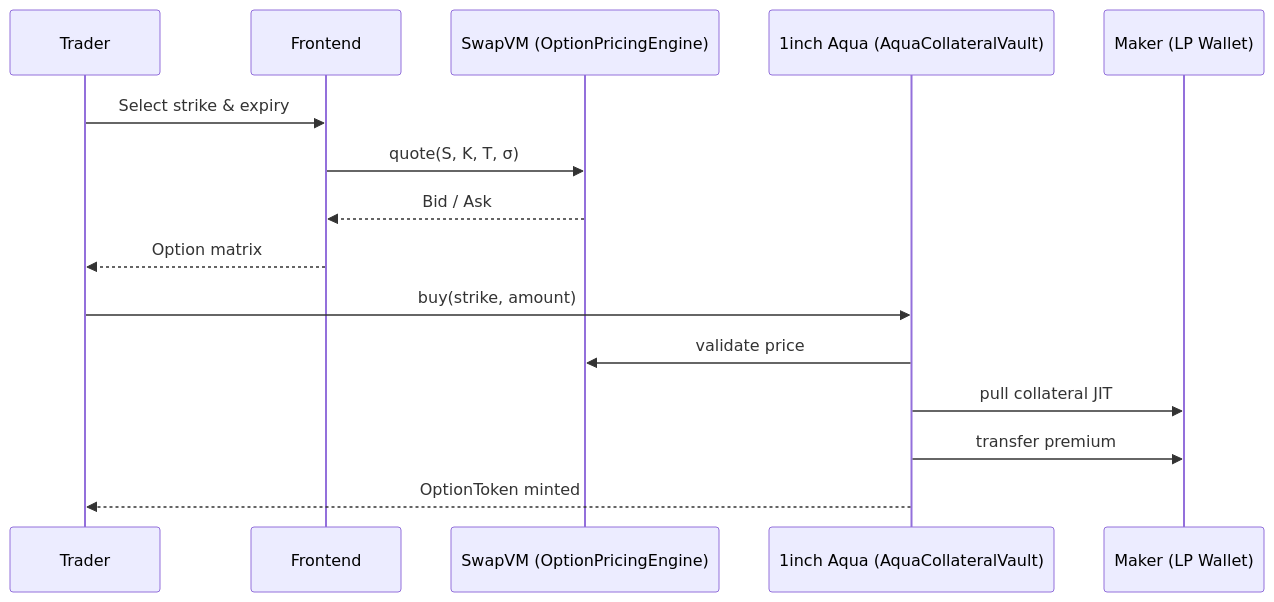
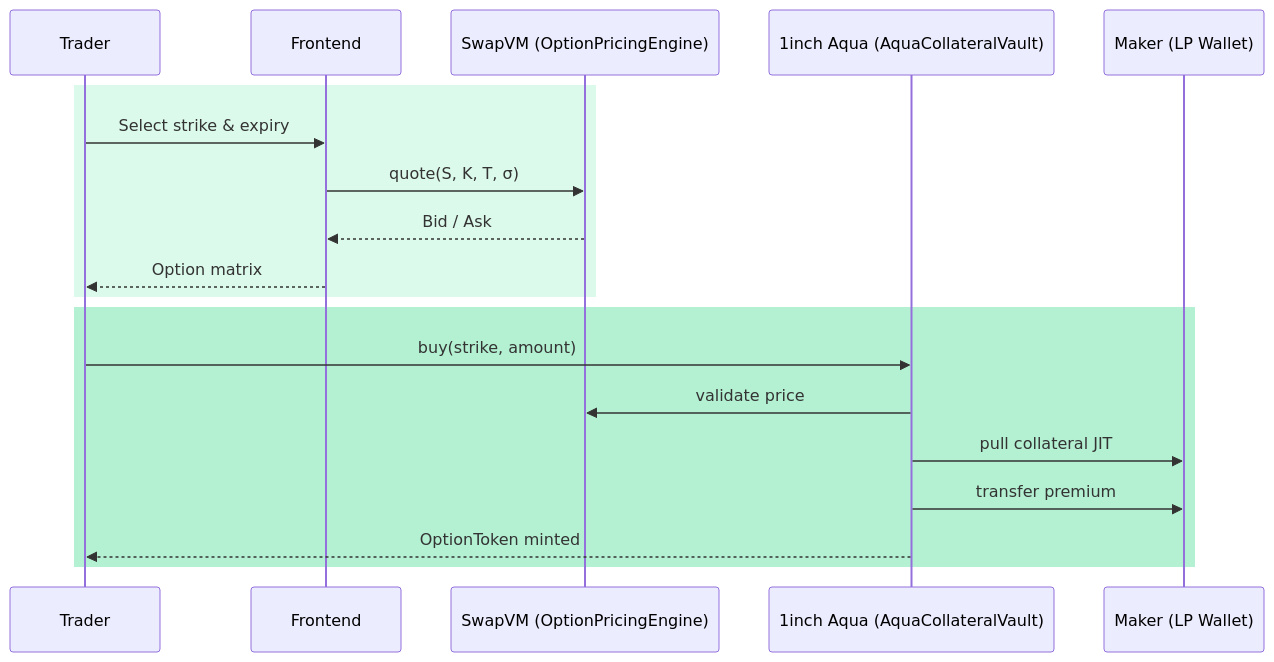
One commit to oslinin/Smile changed the first of 7 diagrams in README.md. Above: the diagram before and after it, drawn with Mermaid. The commit also changed other lines of this file, not shown here.

Commit message:
Color-code all Mermaid diagrams by sponsor (green=1inch, pink=Uniswap, blue=Chainlink)

````diff
--- a/README.md
+++ b/README.md
@@ -100,18 +102,22 @@
 ```mermaid
 sequenceDiagram
     participant Trader
     participant Frontend
     participant SwapVM as SwapVM (OptionPricingEngine)
     participant Aqua as 1inch Aqua (AquaCollateralVault)
     participant Maker as Maker (LP Wallet)
 
+    rect rgb(220, 250, 235)
     Trader->>Frontend: Select strike & expiry
     Frontend->>SwapVM: quote(S, K, T, σ)
     SwapVM-->>Frontend: Bid / Ask
     Frontend-->>Trader: Option matrix
+    end
+    rect rgb(180, 240, 210)
     Trader->>Aqua: buy(strike, amount)
     Aqua->>SwapVM: validate price
     Aqua->>Maker: pull collateral JIT
     Aqua->>Maker: transfer premium
     Aqua-->>Trader: OptionToken minted
+    end
 ```
````
